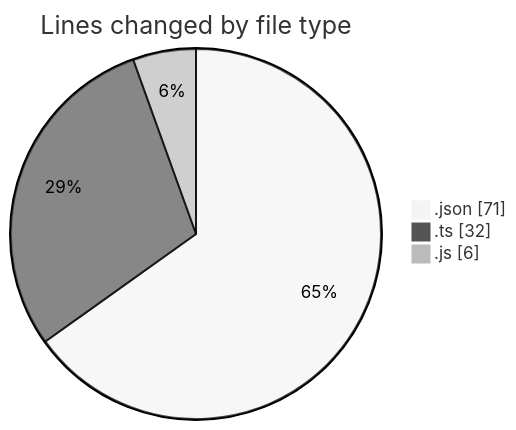
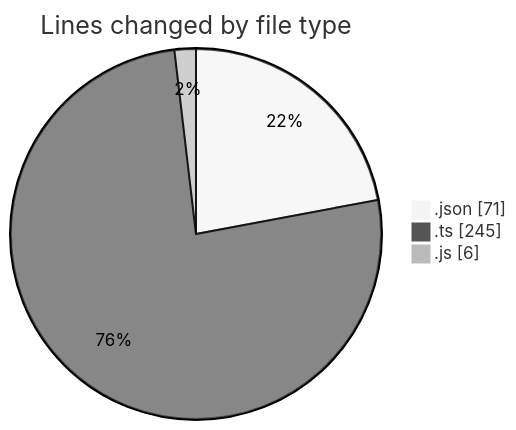
Before and after one commit to momahboobian/code-tracking: the first of 2 diagrams in 2025-02-06/cda/README.md, drawn with Mermaid (neutral theme). The commit also changed other lines of this file and 1 other file, not shown here.

````diff
--- a/2025-02-06/cda/README.md
+++ b/2025-02-06/cda/README.md
@@ -22,7 +25,7 @@
 ```mermaid
 pie showData
 title Lines changed by file type
 ".json" : 71
-".ts" : 32
+".ts" : 245
 ".js" : 6
 ```
````
